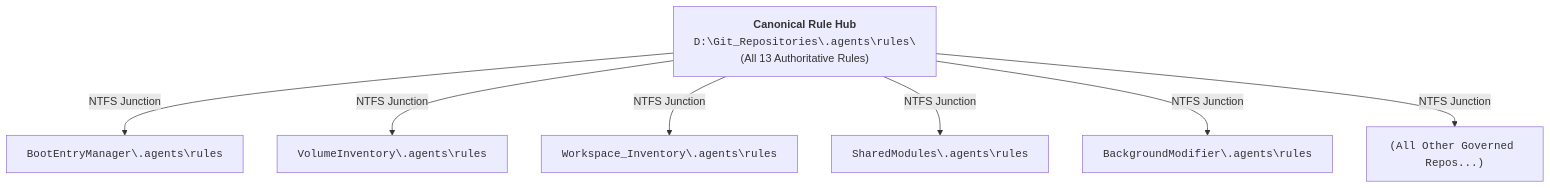
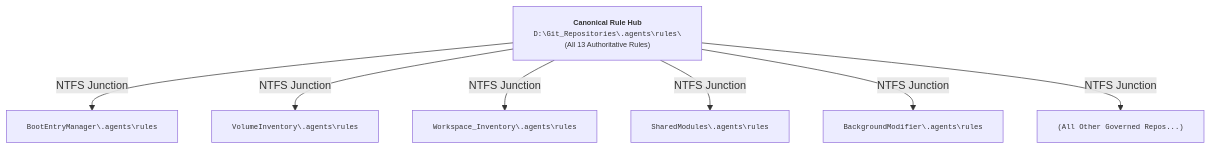
Before and after one commit to rgbigel/Workspace_AI: the second of 6 diagrams in docs/Architecture.md, drawn with Mermaid. The commit also changed other lines of this file and 8 other files, not shown here.

````diff
--- a/docs/Architecture.md
+++ b/docs/Architecture.md
@@ -53,11 +55,13 @@
 ```mermaid
 graph TD
-    Hub["<b>Canonical Rule Hub</b><br><code>D:\Git_Repositories\.agents\rules\</code><br>(All 13 Authoritative Rules)"]
+    classDef default font-size:8pt;
+    Hub["<b>Canonical Rule Hub</b><br/><code>D:\Git_Repositories\.agents\rules\</code><br/>(All 13 Authoritative Rules)"]
     
     Hub -->|NTFS Junction| J1["<code>BootEntryManager\.agents\rules</code>"]
     Hub -->|NTFS Junction| J2["<code>VolumeInventory\.agents\rules</code>"]
     Hub -->|NTFS Junction| J3["<code>Workspace_Inventory\.agents\rules</code>"]
     Hub -->|NTFS Junction| J4["<code>SharedModules\.agents\rules</code>"]
     Hub -->|NTFS Junction| J5["<code>BackgroundModifier\.agents\rules</code>"]
     Hub -->|NTFS Junction| J6["<code>(All Other Governed Repos...)</code>"]
+
 ```
````
